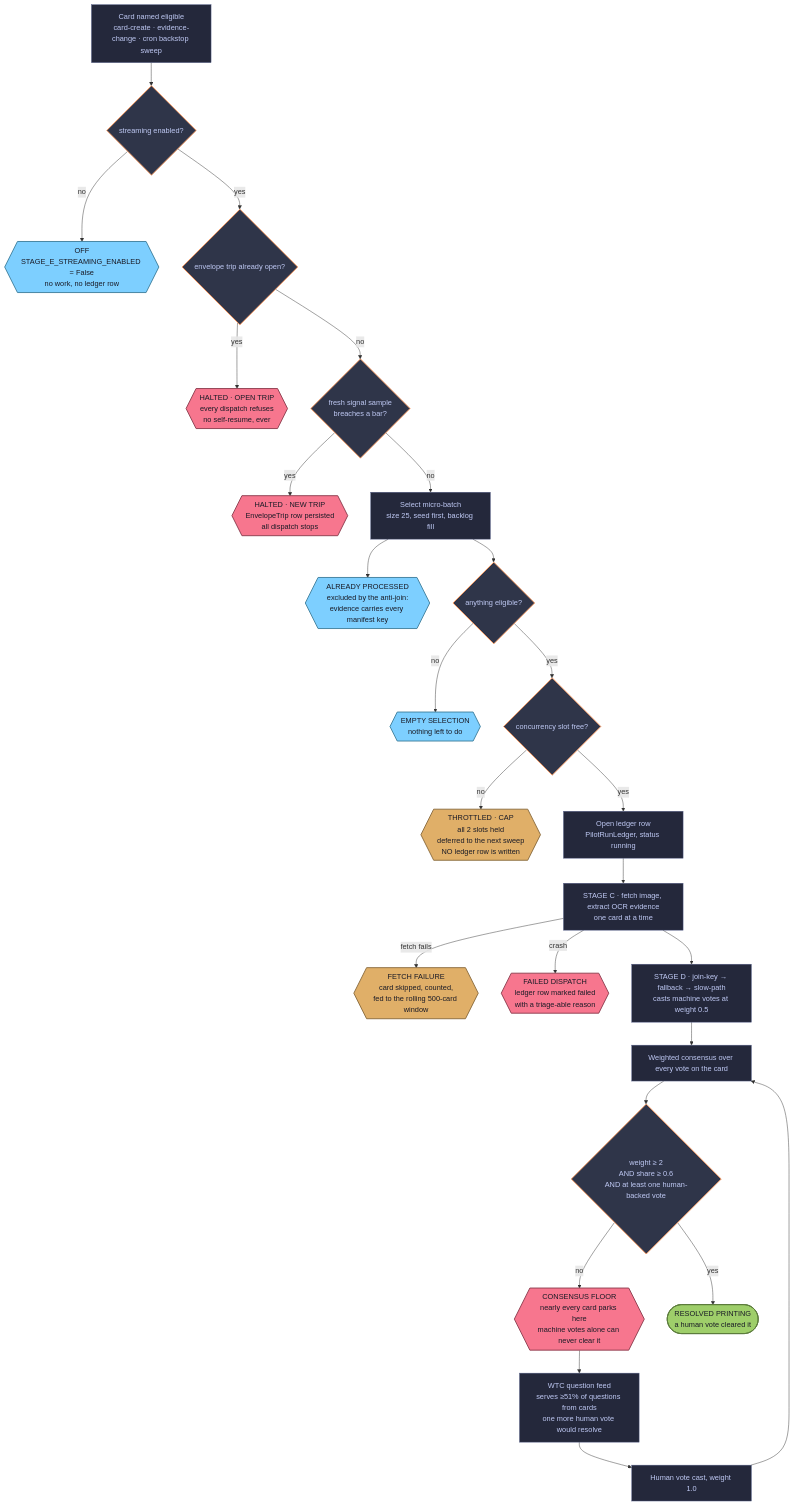
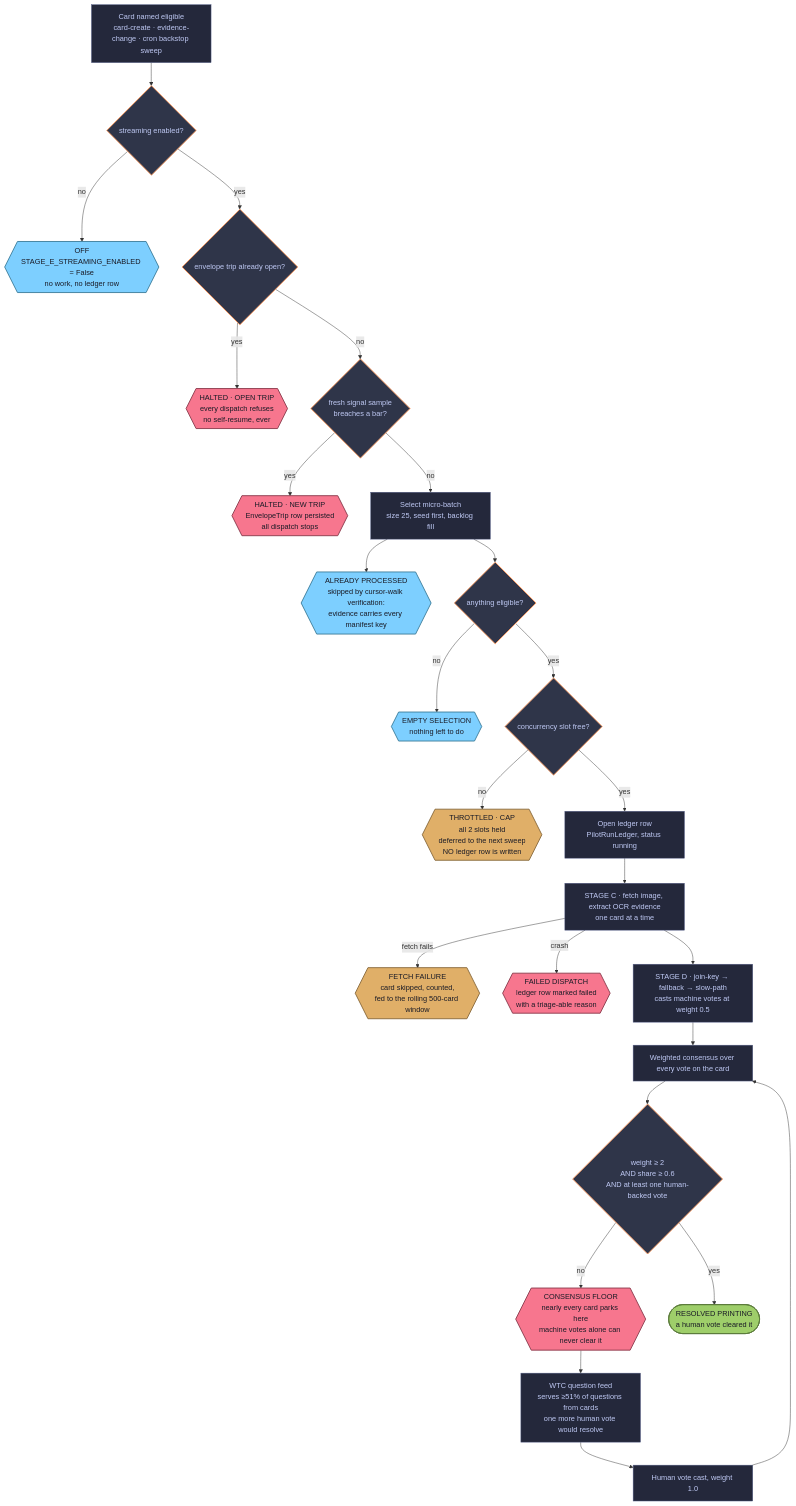
Before and after one commit to ProxyPrints/ProxyPrints.github.io: the diagram in docs/identification-pipeline.md, drawn with Mermaid.

Commit message:
Update FIG-1's X4 node: cursor-walk verification, not the retired anti-join

````diff
--- a/docs/identification-pipeline.md
+++ b/docs/identification-pipeline.md
@@ -22,51 +22,51 @@
 ```mermaid
 flowchart TD
     IN["Card named eligible<br/>card-create · evidence-change · cron backstop sweep"]
 
     IN --> G1{"streaming enabled?"}
     G1 -- "no" --> X1{{"OFF<br/>STAGE_E_STREAMING_ENABLED = False<br/>no work, no ledger row"}}
     G1 -- "yes" --> G2{"envelope trip already open?"}
 
     G2 -- "yes" --> X2{{"HALTED · OPEN TRIP<br/>every dispatch refuses<br/>no self-resume, ever"}}
     G2 -- "no" --> G3{"fresh signal sample<br/>breaches a bar?"}
 
     G3 -- "yes" --> X3{{"HALTED · NEW TRIP<br/>EnvelopeTrip row persisted<br/>all dispatch stops"}}
     G3 -- "no" --> SEL["Select micro-batch<br/>size 25, seed first, backlog fill"]
 
-    SEL --> X4{{"ALREADY PROCESSED<br/>excluded by the anti-join:<br/>evidence carries every manifest key"}}
+    SEL --> X4{{"ALREADY PROCESSED<br/>skipped by cursor-walk verification:<br/>evidence carries every manifest key"}}
     SEL --> G4{"anything eligible?"}
     G4 -- "no" --> X5{{"EMPTY SELECTION<br/>nothing left to do"}}
     G4 -- "yes" --> G5{"concurrency slot free?"}
 
     G5 -- "no" --> X6{{"THROTTLED · CAP<br/>all 2 slots held<br/>deferred to the next sweep<br/>NO ledger row is written"}}
     G5 -- "yes" --> LED["Open ledger row<br/>PilotRunLedger, status running"]
 
     LED --> SC["STAGE C · fetch image, extract OCR evidence<br/>one card at a time"]
     SC -- "fetch fails" --> X7{{"FETCH FAILURE<br/>card skipped, counted,<br/>fed to the rolling 500-card window"}}
     SC -- "crash" --> X8{{"FAILED DISPATCH<br/>ledger row marked failed<br/>with a triage-able reason"}}
     SC --> SD["STAGE D · join-key → fallback → slow-path<br/>casts machine votes at weight 0.5"]
 
     SD --> CONS["Weighted consensus over every vote on the card"]
     CONS --> G6{"weight ≥ 2<br/>AND share ≥ 0.6<br/>AND at least one human-backed vote"}
 
     G6 -- "no" --> X9{{"CONSENSUS FLOOR<br/>nearly every card parks here<br/>machine votes alone can never clear it"}}
     G6 -- "yes" --> RES(["RESOLVED PRINTING<br/>a human vote cleared it"])
 
     X9 --> WTC["WTC question feed<br/>serves ≥51% of questions from cards<br/>one more human vote would resolve"]
     WTC --> HV["Human vote cast, weight 1.0"]
     HV --> CONS
 
     classDef halt fill:#f7768e,stroke:#8c3d4e,stroke-width:2px,color:#1a1b26
     classDef defer fill:#e0af68,stroke:#8a6a3d,stroke-width:2px,color:#1a1b26
     classDef excl fill:#7dcfff,stroke:#3f7f9c,stroke-width:2px,color:#1a1b26
     classDef work fill:#24283b,stroke:#565f89,stroke-width:1px,color:#c0caf5
     classDef gate fill:#2f3549,stroke:#ff9e64,stroke-width:2px,color:#c0caf5
     classDef done fill:#9ece6a,stroke:#5c7c3d,stroke-width:2px,color:#1a1b26
 
     class X2,X3,X8,X9 halt
     class X6,X7 defer
     class X1,X4,X5 excl
     class IN,SEL,LED,SC,SD,CONS,WTC,HV work
     class G1,G2,G3,G4,G5,G6 gate
     class RES done
 ```
````
